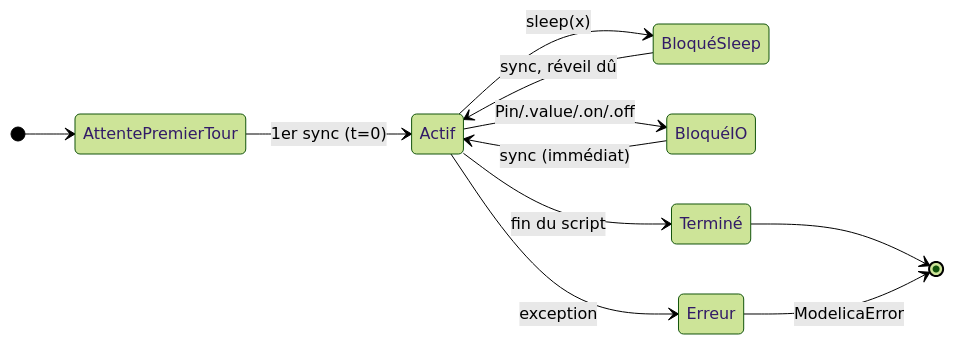
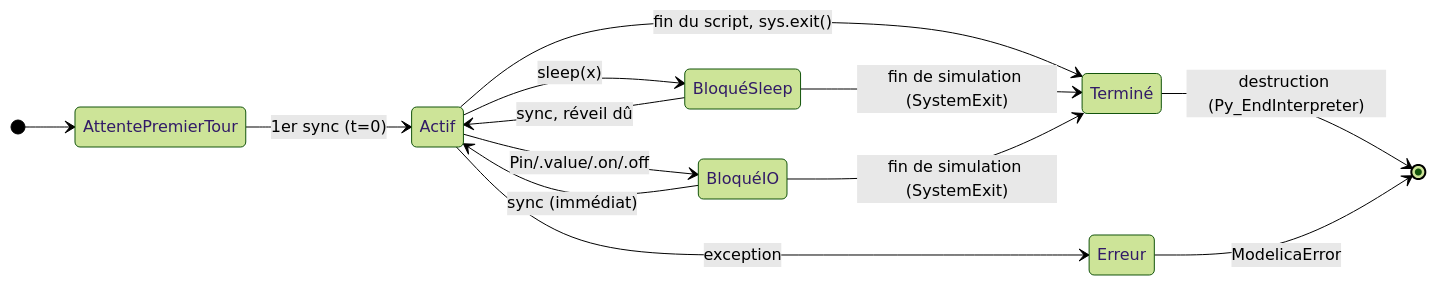
One commit to bdelaup/modelica_micropython changed the third of 3 diagrams in docs/fr/interne/cycle-de-vie.md. Above: the diagram before and after it, drawn with Mermaid (forest theme). The commit also changed other lines of this file and 31 other files, not shown here.

````diff
--- a/docs/fr/interne/cycle-de-vie.md
+++ b/docs/fr/interne/cycle-de-vie.md
@@ -67,14 +67,16 @@
 ```mermaid
 stateDiagram-v2
     direction LR
     [*] --> AttentePremierTour
     AttentePremierTour --> Actif: 1er sync (t=0)
     Actif --> BloquéSleep: sleep(x)
     Actif --> BloquéIO: Pin/.value/.on/.off
     BloquéSleep --> Actif: sync, réveil dû
     BloquéIO --> Actif: sync (immédiat)
-    Actif --> Terminé: fin du script
+    Actif --> Terminé: fin du script, sys.exit()
     Actif --> Erreur: exception
-    Terminé --> [*]
+    BloquéSleep --> Terminé: fin de simulation (SystemExit)
+    BloquéIO --> Terminé: fin de simulation (SystemExit)
+    Terminé --> [*]: destruction (Py_EndInterpreter)
     Erreur --> [*]: ModelicaError
 ```
````
